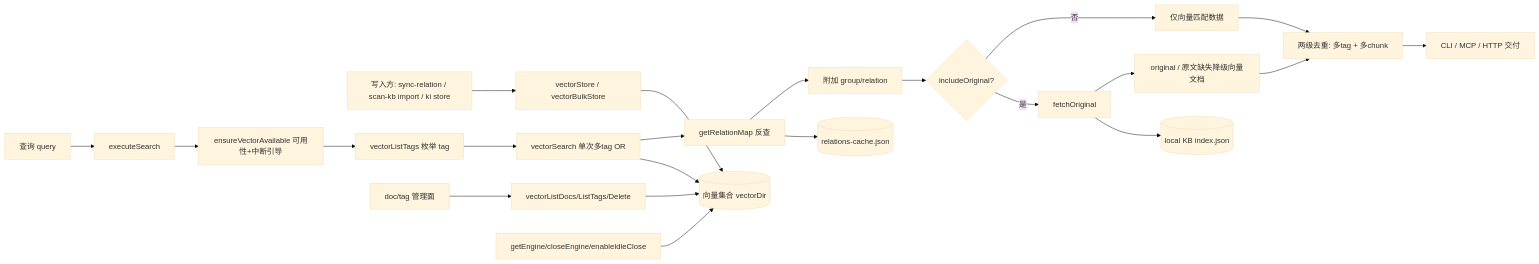
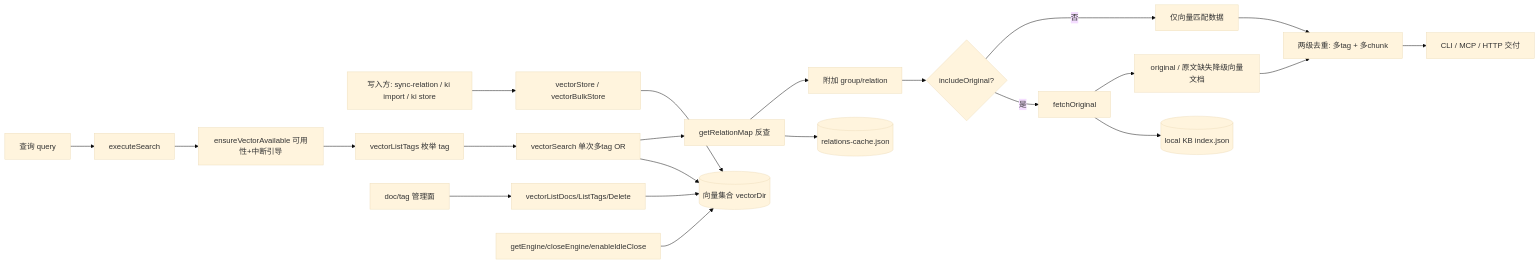
One commit to HACK-WU/CodeWikiHub changed the diagram in kisearch/module-experts/检索与向量客户端专家/C4-数据流向与消费.md. Above: the diagram before and after it, drawn with Mermaid (base theme). The commit also changed 47 other files, not shown here.

````diff
--- a/kisearch/module-experts/检索与向量客户端专家/C4-数据流向与消费.md
+++ b/kisearch/module-experts/检索与向量客户端专家/C4-数据流向与消费.md
@@ -55,24 +55,24 @@
 ```mermaid
 flowchart LR
-    A[写入方: sync-relation / scan-kb import / ki store] --> B[vectorStore / vectorBulkStore]
+    A[写入方: sync-relation / ki import / ki store] --> B[vectorStore / vectorBulkStore]
     B --> C[(向量集合 vectorDir)]
     D[查询 query] --> E[executeSearch]
     E --> F[ensureVectorAvailable 可用性+中断引导]
     F --> G[vectorListTags 枚举 tag]
     G --> H[vectorSearch 单次多tag OR]
     H --> C
     H --> I[getRelationMap 反查]
     I --> J[(relations-cache.json)]
     I --> K[附加 group/relation]
     K --> L{includeOriginal?}
     L -- 是 --> M[fetchOriginal]
     M --> N[(local KB index.json)]
     M --> O[original / 原文缺失降级向量文档]
     L -- 否 --> P[仅向量匹配数据]
     O --> Q[两级去重: 多tag + 多chunk]
     P --> Q
     Q --> R[CLI / MCP / HTTP 交付]
     S[doc/tag 管理面] --> T[vectorListDocs/ListTags/Delete]
     T --> C
     U[getEngine/closeEngine/enableIdleClose] --> C
 ```
````
